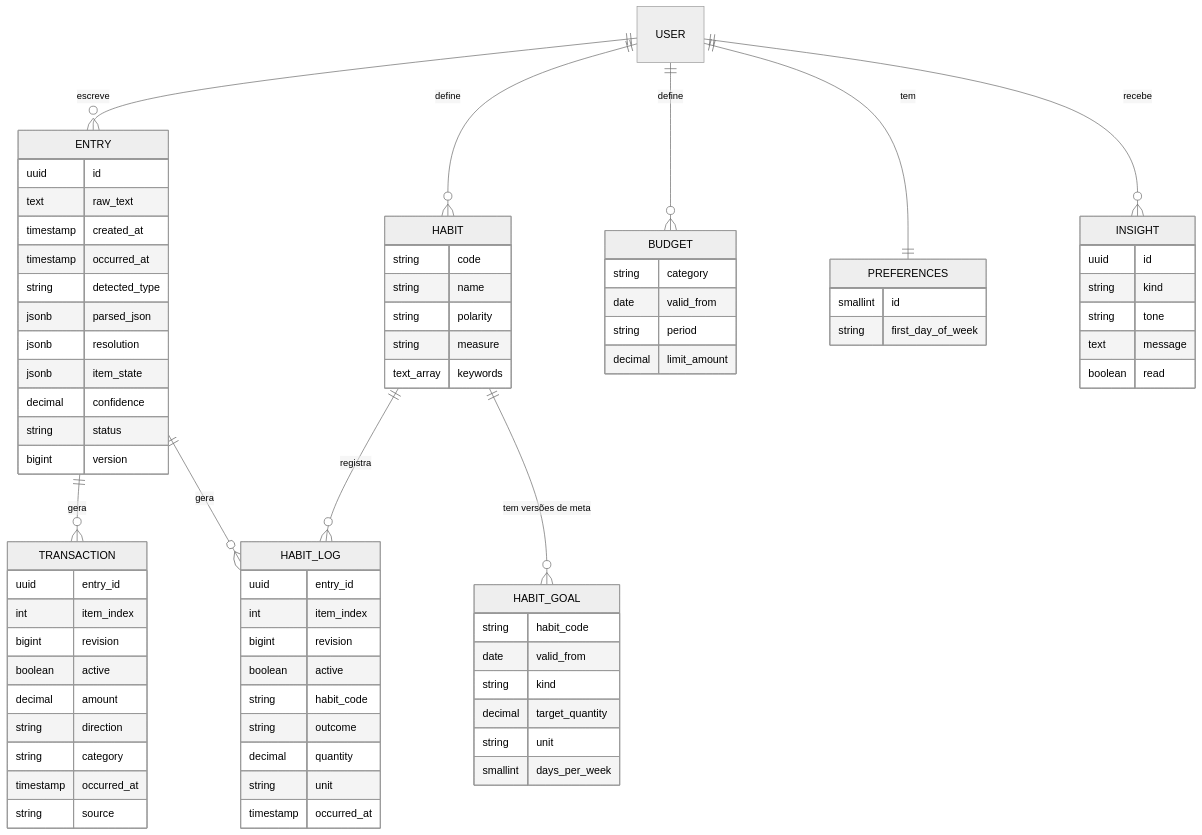
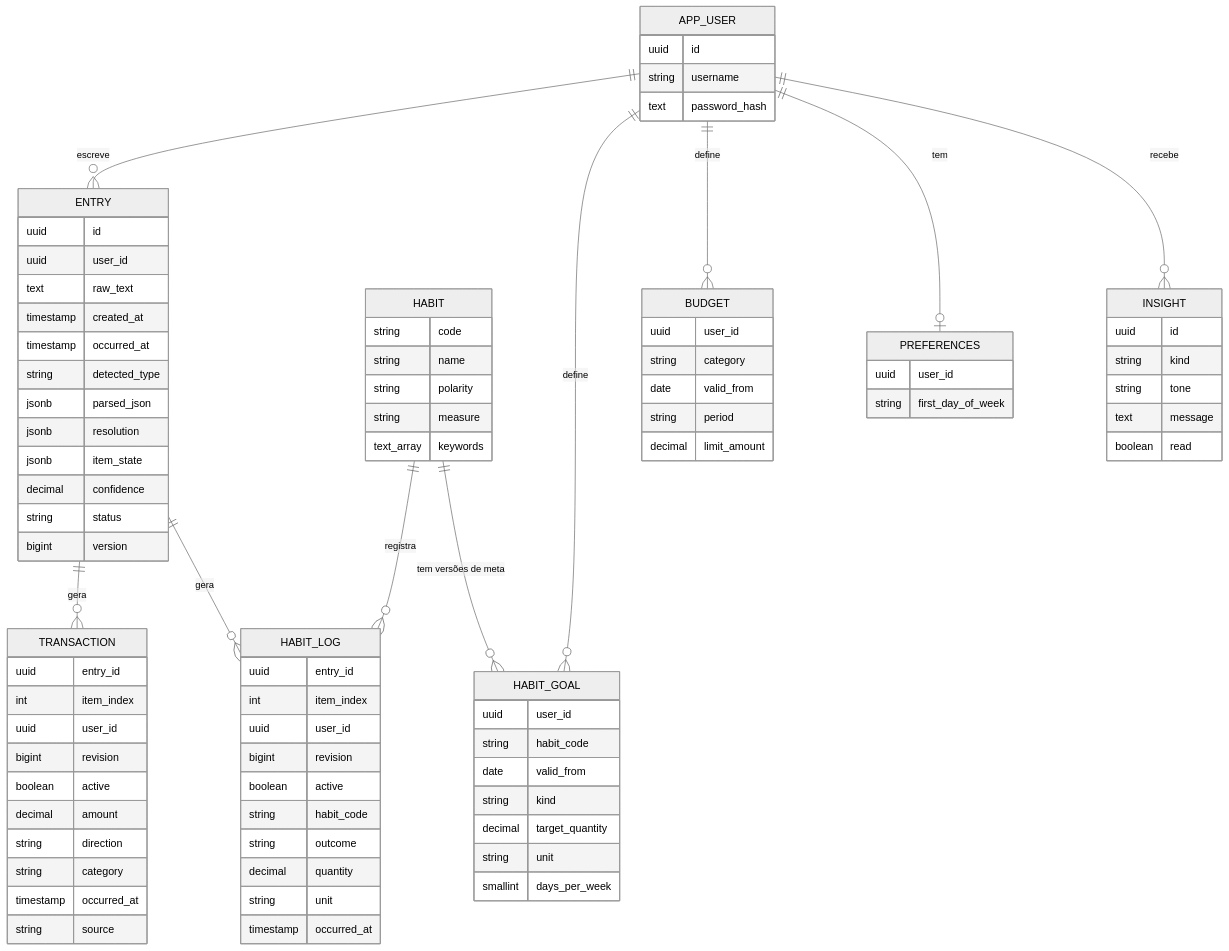
One commit to GabrieliModollo/mydly changed the fifth of 6 diagrams in docs/arquitetura.md. Above: the diagram before and after it, drawn with Mermaid (neutral theme). The commit also changed other lines of this file and 7 other files, not shown here.

````diff
--- a/docs/arquitetura.md
+++ b/docs/arquitetura.md
@@ -141,17 +144,23 @@
 ```mermaid
 erDiagram
-    USER ||--o{ ENTRY : escreve
+    APP_USER ||--o{ ENTRY : escreve
     ENTRY ||--o{ TRANSACTION : gera
     ENTRY ||--o{ HABIT_LOG : gera
-    USER ||--o{ HABIT : define
+    APP_USER ||--o{ HABIT_GOAL : define
     HABIT ||--o{ HABIT_LOG : registra
     HABIT ||--o{ HABIT_GOAL : "tem versões de meta"
-    USER ||--o{ BUDGET : define
-    USER ||--|| PREFERENCES : tem
-    USER ||--o{ INSIGHT : recebe
+    APP_USER ||--o{ BUDGET : define
+    APP_USER ||--o| PREFERENCES : tem
+    APP_USER ||--o{ INSIGHT : recebe
 
+    APP_USER {
+        uuid id
+        string username
+        text password_hash
+    }
     ENTRY {
         uuid id
+        uuid user_id
         text raw_text
         timestamp created_at
         timestamp occurred_at
@@ -166,6 +175,7 @@
     TRANSACTION {
         uuid entry_id
         int item_index
+        uuid user_id
         bigint revision
         boolean active
         decimal amount
@@ -184,6 +194,7 @@
     HABIT_LOG {
         uuid entry_id
         int item_index
+        uuid user_id
         bigint revision
         boolean active
         string habit_code
@@ -193,6 +204,7 @@
         timestamp occurred_at
     }
     HABIT_GOAL {
+        uuid user_id
         string habit_code
         date valid_from
         string kind
@@ -201,13 +213,14 @@
         smallint days_per_week
     }
     BUDGET {
+        uuid user_id
         string category
         date valid_from
         string period
         decimal limit_amount
     }
     PREFERENCES {
-        smallint id
+        uuid user_id
         string first_day_of_week
     }
     INSIGHT {
````
